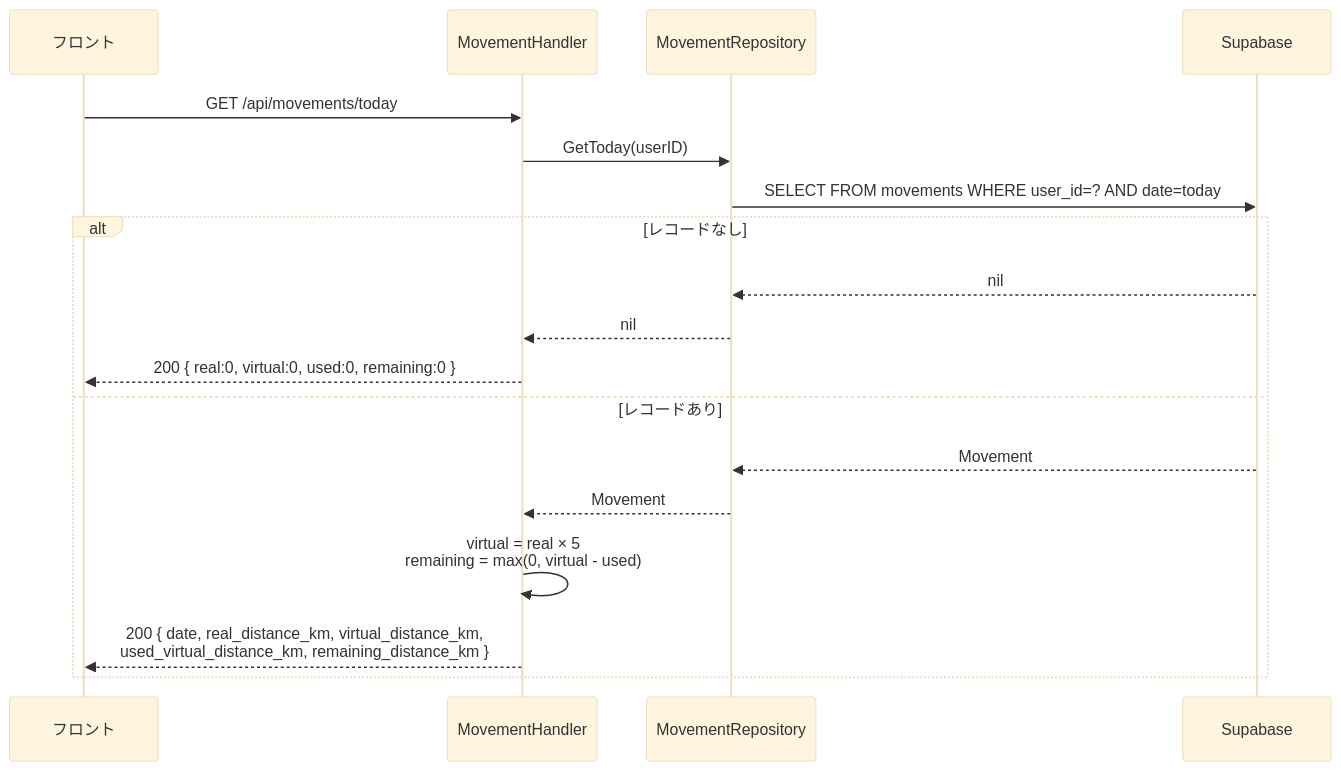
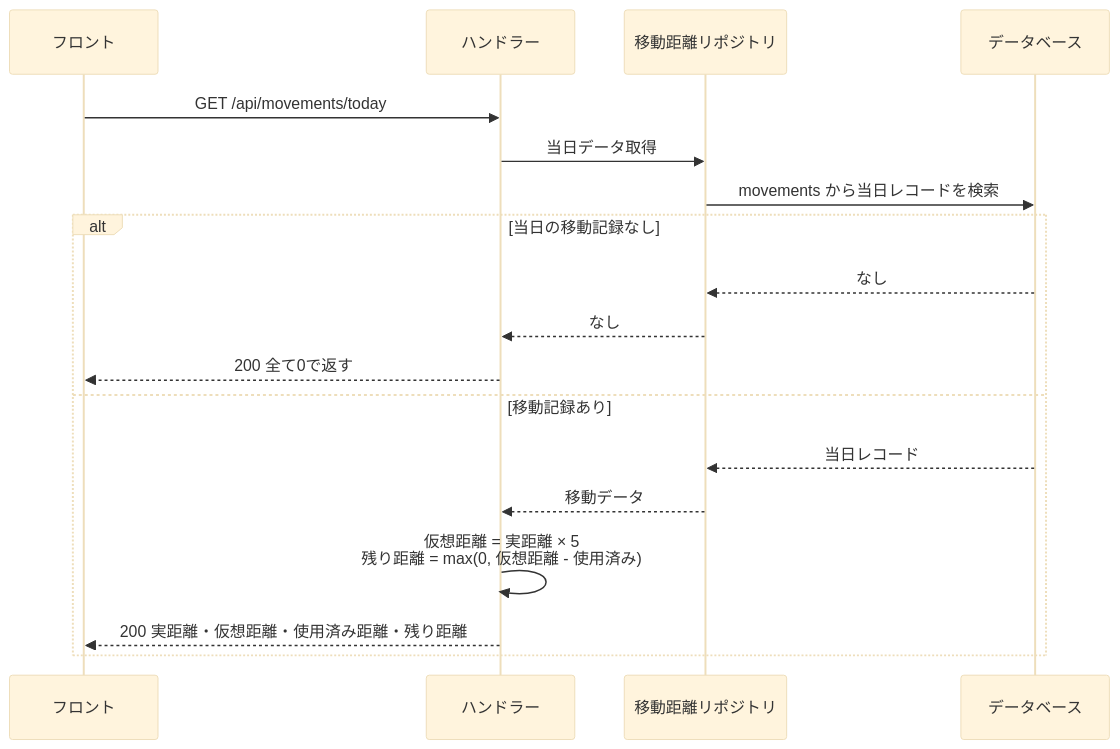
The fifth of 6 diagrams in docs/sequence.md (y08416/sukima-trip-backend), drawn with Mermaid (base theme) before and after one commit. The commit also changed other lines of this file, not shown here.

Commit message:
docs: シーケンス図を日本語表記に統一して見やすくする

````diff
--- a/docs/sequence.md
+++ b/docs/sequence.md
@@ -99,21 +108,22 @@
 ```mermaid
 sequenceDiagram
-    participant F as フロント
-    participant H as MovementHandler
-    participant R as MovementRepository
-    participant DB as Supabase
+    participant フロント
+    participant ハンドラー
+    participant 移動距離リポジトリ
+    participant DB as データベース
 
-    F->>H: GET /api/movements/today
-    H->>R: GetToday(userID)
-    R->>DB: SELECT FROM movements WHERE user_id=? AND date=today
-    alt レコードなし
-        DB-->>R: nil
-        R-->>H: nil
-        H-->>F: 200 { real:0, virtual:0, used:0, remaining:0 }
-    else レコードあり
-        DB-->>R: Movement
-        R-->>H: Movement
-        H->>H: virtual = real × 5<br/>remaining = max(0, virtual - used)
-        H-->>F: 200 { date, real_distance_km, virtual_distance_km,<br/>used_virtual_distance_km, remaining_distance_km }
+    フロント->>ハンドラー: GET /api/movements/today
+    ハンドラー->>移動距離リポジトリ: 当日データ取得
+    移動距離リポジトリ->>DB: movements から当日レコードを検索
+
+    alt 当日の移動記録なし
+        DB-->>移動距離リポジトリ: なし
+        移動距離リポジトリ-->>ハンドラー: なし
+        ハンドラー-->>フロント: 200 全て0で返す
+    else 移動記録あり
+        DB-->>移動距離リポジトリ: 当日レコード
+        移動距離リポジトリ-->>ハンドラー: 移動データ
+        ハンドラー->>ハンドラー: 仮想距離 = 実距離 × 5<br/>残り距離 = max(0, 仮想距離 - 使用済み)
+        ハンドラー-->>フロント: 200 実距離・仮想距離・使用済み距離・残り距離
     end
 ```
````
